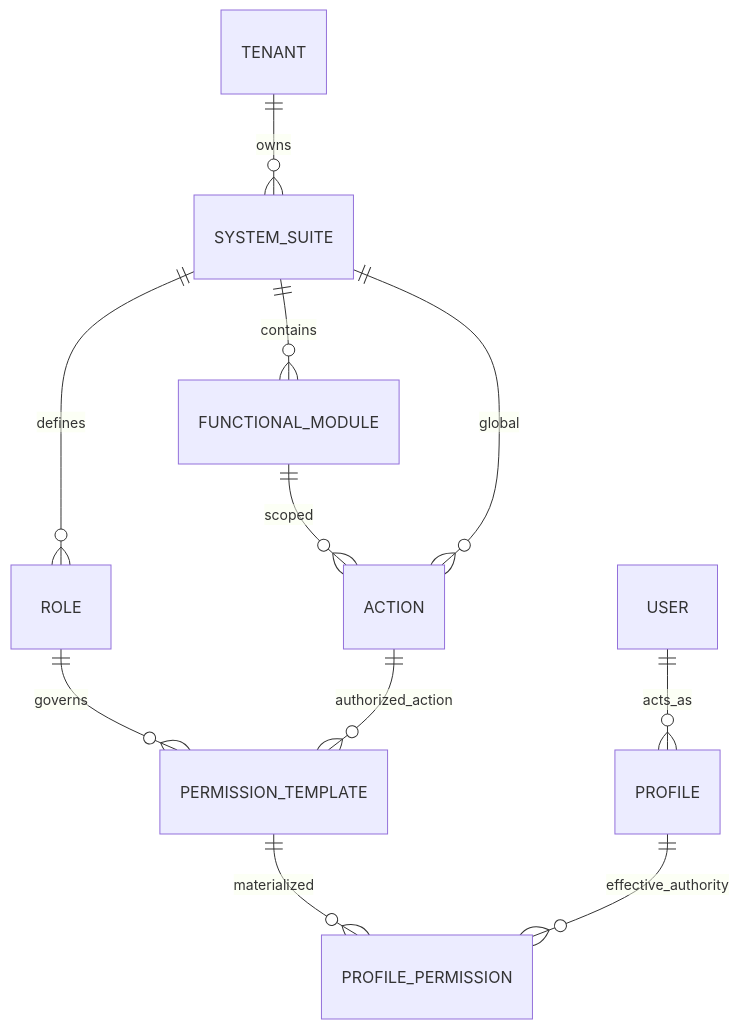
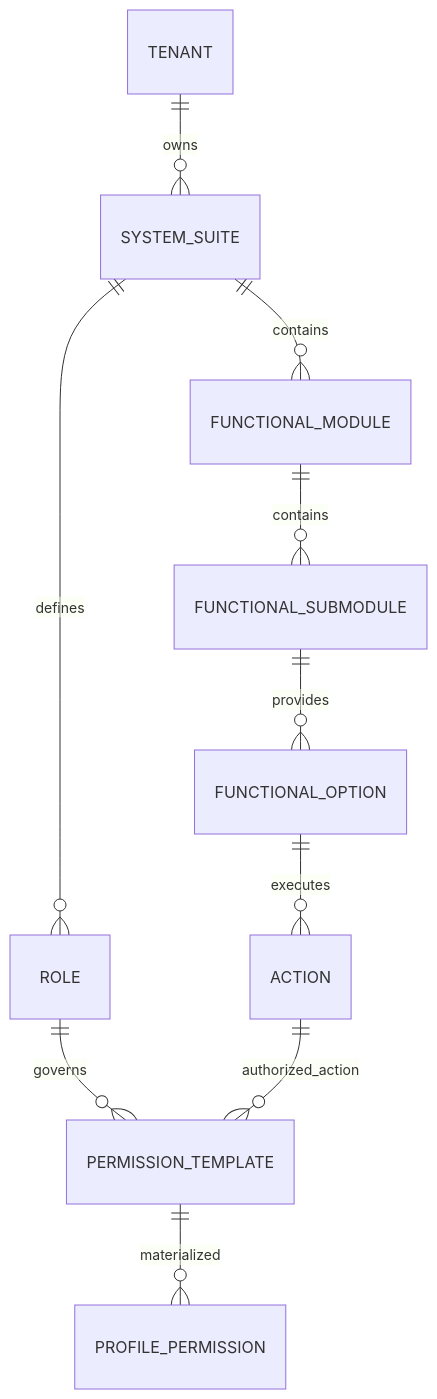
Before and after one commit to beyondnetcode/ums: the first of 3 diagrams in architecture/blueprints/database-design-er.md, drawn with Mermaid. The commit also changed other lines of this file and 2 other files, not shown here.

Commit message:
feat(auth): enforce strict 5-level functional hierarchy in authorization model (EN/ES)

````diff
--- a/architecture/blueprints/database-design-er.md
+++ b/architecture/blueprints/database-design-er.md
@@ -27,16 +27,15 @@
 ```mermaid
 erDiagram
     TENANT ||--o{ SYSTEM_SUITE : "owns"
     SYSTEM_SUITE ||--o{ ROLE : "defines"
     SYSTEM_SUITE ||--o{ FUNCTIONAL_MODULE : "contains"
     
     ROLE ||--o{ PERMISSION_TEMPLATE : "governs"
     PERMISSION_TEMPLATE ||--o{ PROFILE_PERMISSION : "materialized"
     
-    USER ||--o{ PROFILE : "acts_as"
-    PROFILE ||--o{ PROFILE_PERMISSION : "effective_authority"
+    FUNCTIONAL_MODULE ||--o{ FUNCTIONAL_SUBMODULE : "contains"
+    FUNCTIONAL_SUBMODULE ||--o{ FUNCTIONAL_OPTION : "provides"
+    FUNCTIONAL_OPTION ||--o{ ACTION : "executes"
     
-    FUNCTIONAL_MODULE ||--o{ ACTION : "scoped"
-    SYSTEM_SUITE ||--o{ ACTION : "global"
     ACTION ||--o{ PERMISSION_TEMPLATE : "authorized_action"
 ```
````
